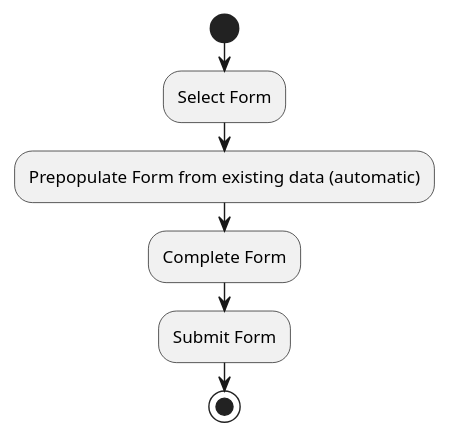
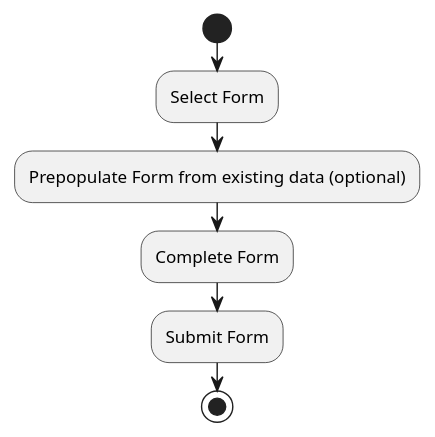
The diagram in input/images-source/data-capture-activity.plantuml (Virtually-Healthcare/virtually-healthcare.github.com), drawn with PlantUML before and after one commit.

Commit message:
SDC Initial elab and refactor of architecture waffle

```diff
--- a/input/images-source/data-capture-activity.plantuml
+++ b/input/images-source/data-capture-activity.plantuml
@@ -1,10 +1,10 @@
 @startuml
 
 start
 
 :Select Form;
-:Prepopulate Form from existing data (automatic);
+:Prepopulate Form from existing data (optional);
 :Complete Form;
 :Submit Form;
 stop
 @enduml
```
